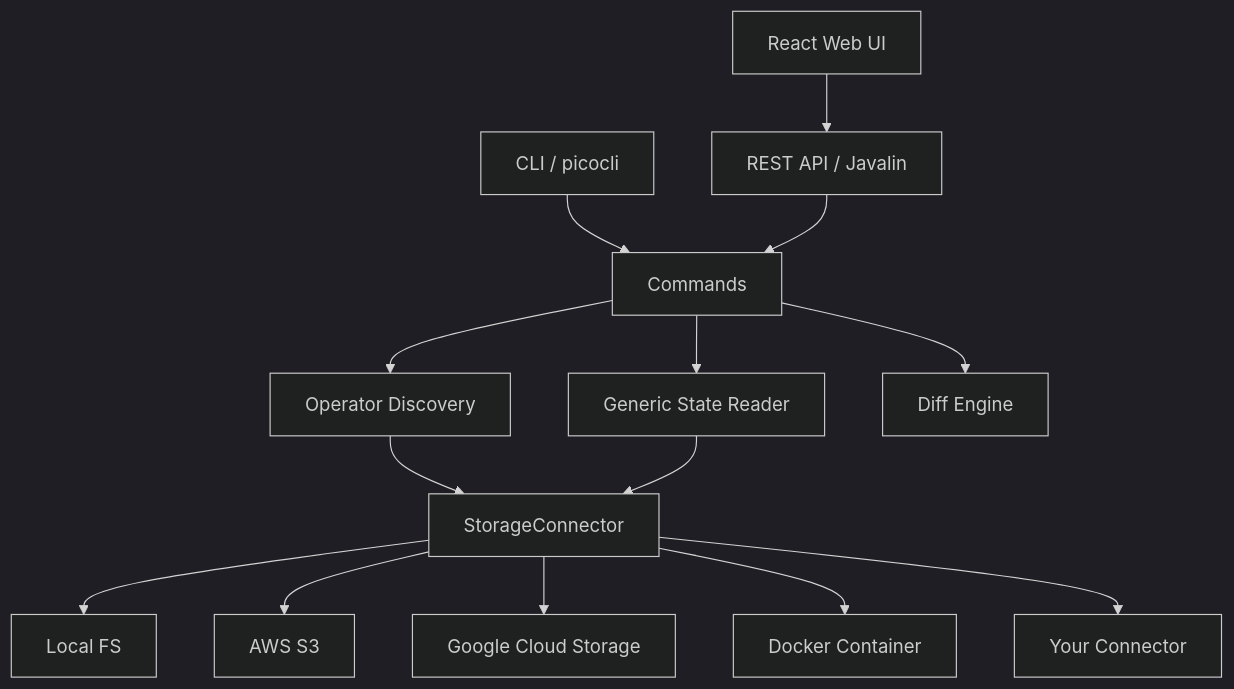
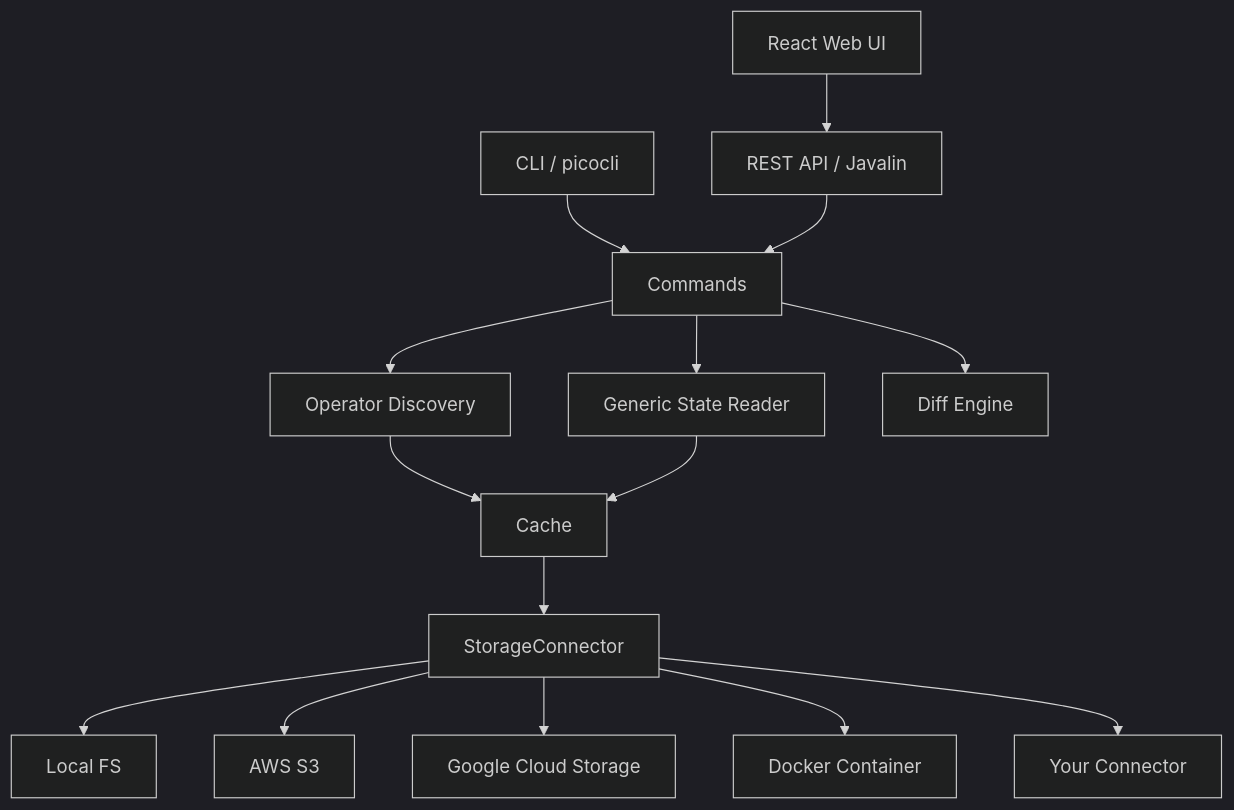
The diagram in README.md (atomicdragonranch/flink-state-inspection-tool), drawn with Mermaid (dark theme) before and after one commit. The commit also changed other lines of this file and 6 other files, not shown here.

````diff
--- a/README.md
+++ b/README.md
@@ -124,19 +134,20 @@
 ```mermaid
 graph TD
     WebUI[React Web UI] --> API[REST API / Javalin]
     CLI[CLI / picocli] --> Commands
     API --> Commands
 
     Commands --> Discovery[Operator Discovery]
     Commands --> Reader[Generic State Reader]
     Commands --> Diff[Diff Engine]
 
-    Discovery --> Storage[StorageConnector]
-    Reader --> Storage
+    Discovery --> Cache[Cache]
+    Reader --> Cache
+    Cache --> Storage[StorageConnector]
 
     Storage --> Local[Local FS]
     Storage --> S3[AWS S3]
     Storage --> GCS[Google Cloud Storage]
     Storage --> Docker[Docker Container]
     Storage --> Custom[Your Connector]
 ```
````
